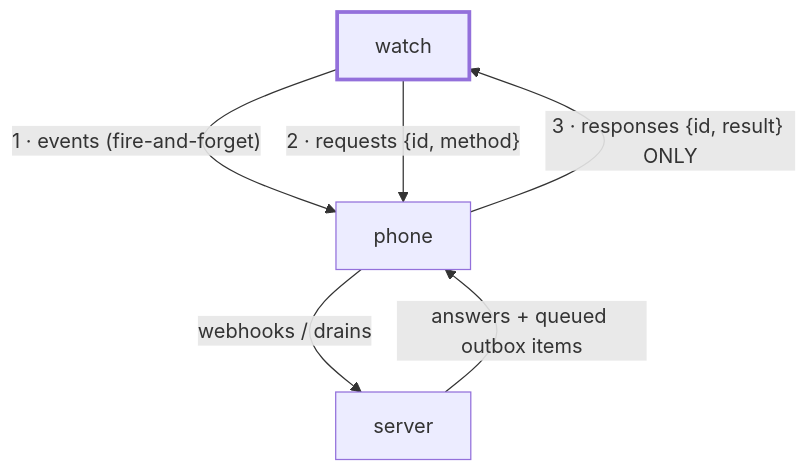
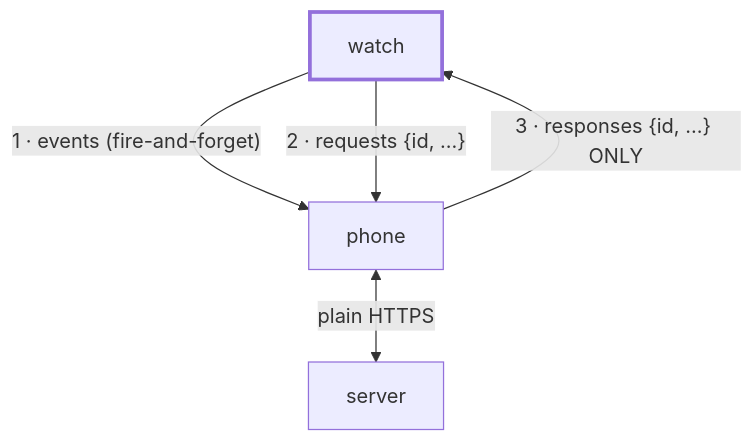
Before and after one commit to frolic/pocket-pet: the second of 9 diagrams in docs/ble-gateway-design.md, drawn with Mermaid. The commit also changed other lines of this file, not shown here.

First line of the commit message:
Leash v2: drop the manifest — phone is a dumb HTTPS proxy

````diff
--- a/docs/ble-gateway-design.md
+++ b/docs/ble-gateway-design.md
@@ -41,9 +49,8 @@
 ```mermaid
 flowchart TD
     W[watch] -- "1 · events (fire-and-forget)" --> P[phone]
-    W -- "2 · requests {id, method}" --> P
-    P -- "3 · responses {id, result} ONLY" --> W
-    P -- "webhooks / drains" --> S[server]
-    S -- "answers + queued outbox items" --> P
+    W -- "2 · requests {id, ...}" --> P
+    P -- "3 · responses {id, ...} ONLY" --> W
+    P <-- "plain HTTPS" --> S[server]
     style W stroke-width:3px
 ```
````
